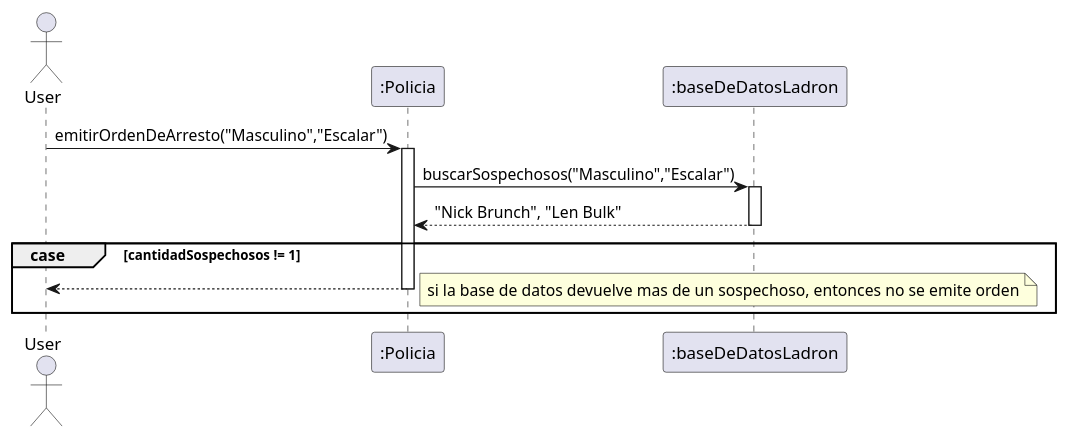
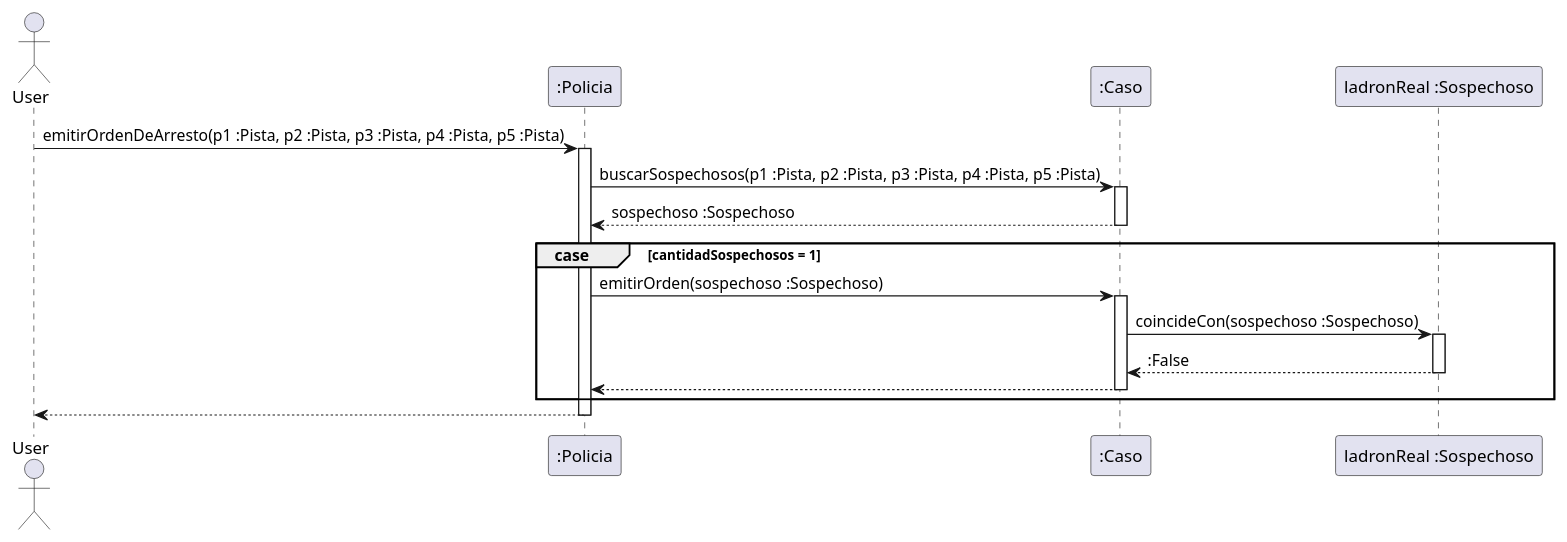
The diagram in diagrams/sequences/emitirOrdenDeArrestoFallaSecuencia.plantuml (Nicolas-Bravo/algo3_tp2), drawn with PlantUML before and after one commit. The commit also changed 5 other files, not shown here.

Commit message:
Actualizacion diagramas orden de arresto

```diff
--- a/diagrams/sequences/emitirOrdenDeArrestoFallaSecuencia.plantuml
+++ b/diagrams/sequences/emitirOrdenDeArrestoFallaSecuencia.plantuml
@@ -1,22 +1,33 @@
 @startuml
 
 Actor User
 
-User -> ":Policia" : emitirOrdenDeArresto("Masculino","Escalar")
+User -> ":Policia" : emitirOrdenDeArresto(p1 :Pista, p2 :Pista, p3 :Pista, p4 :Pista, p5 :Pista)
 Activate ":Policia"
 
-":Policia" -> ":baseDeDatosLadron" : buscarSospechosos("Masculino","Escalar")
-activate ":baseDeDatosLadron"
+":Policia" -> ":Caso" : buscarSospechosos(p1 :Pista, p2 :Pista, p3 :Pista, p4 :Pista, p5 :Pista)
+activate ":Caso"
 
-":baseDeDatosLadron" --> ":Policia" : "Nick Brunch", "Len Bulk"
-deactivate ":baseDeDatosLadron"
+":Caso" --> ":Policia" : sospechoso :Sospechoso
+deactivate ":Caso"
 
-group case [cantidadSospechosos != 1]
+group case [cantidadSospechosos = 1]
 
-    ":Policia" --> User
-    note right:si la base de datos devuelve mas de un sospechoso, entonces no se emite orden
-    deactivate ":Policia"
+    ":Policia" -> ":Caso" : emitirOrden(sospechoso :Sospechoso)
+    activate ":Caso"
+
+    ":Caso" -> "ladronReal :Sospechoso" : coincideCon(sospechoso :Sospechoso)
+    activate "ladronReal :Sospechoso"
+
+    "ladronReal :Sospechoso" --> ":Caso" : :False
+    deactivate "ladronReal :Sospechoso"
+
+    ":Caso" --> ":Policia"
+    deactivate ":Caso"
 
 end
 
+":Policia" --> User
+deactivate ":Policia"
+
 @enduml
```
